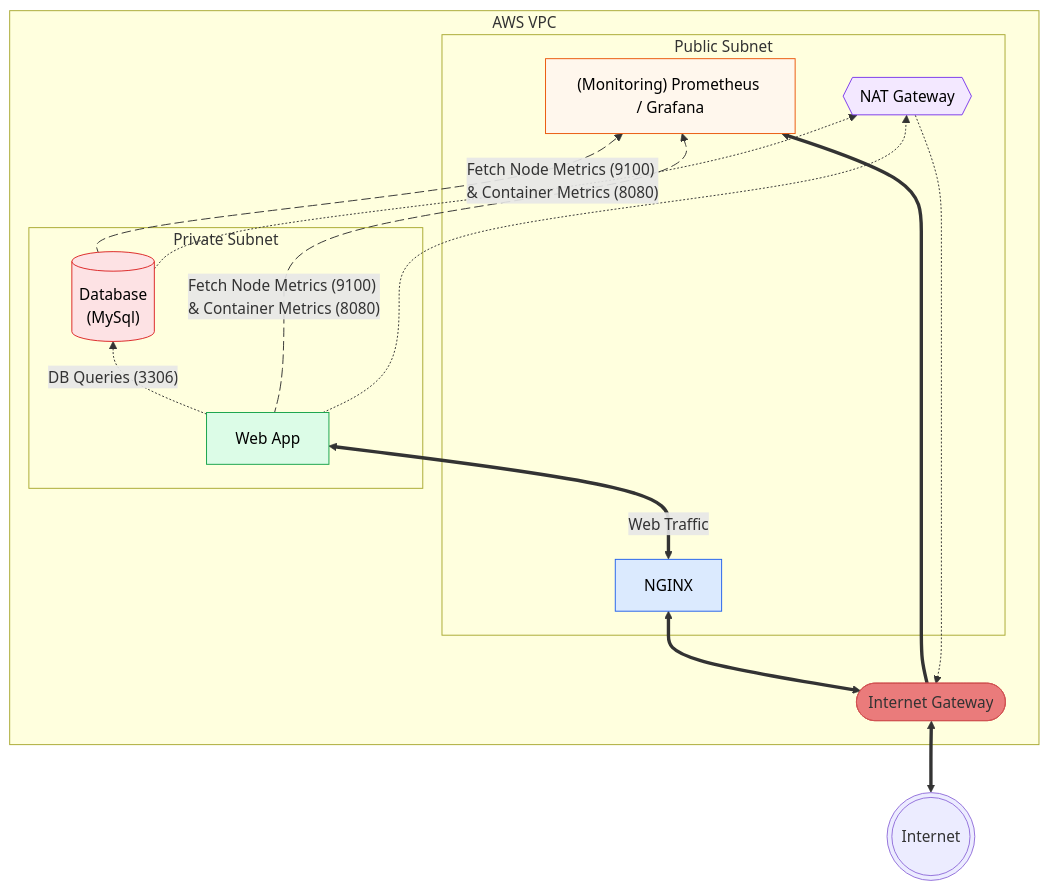
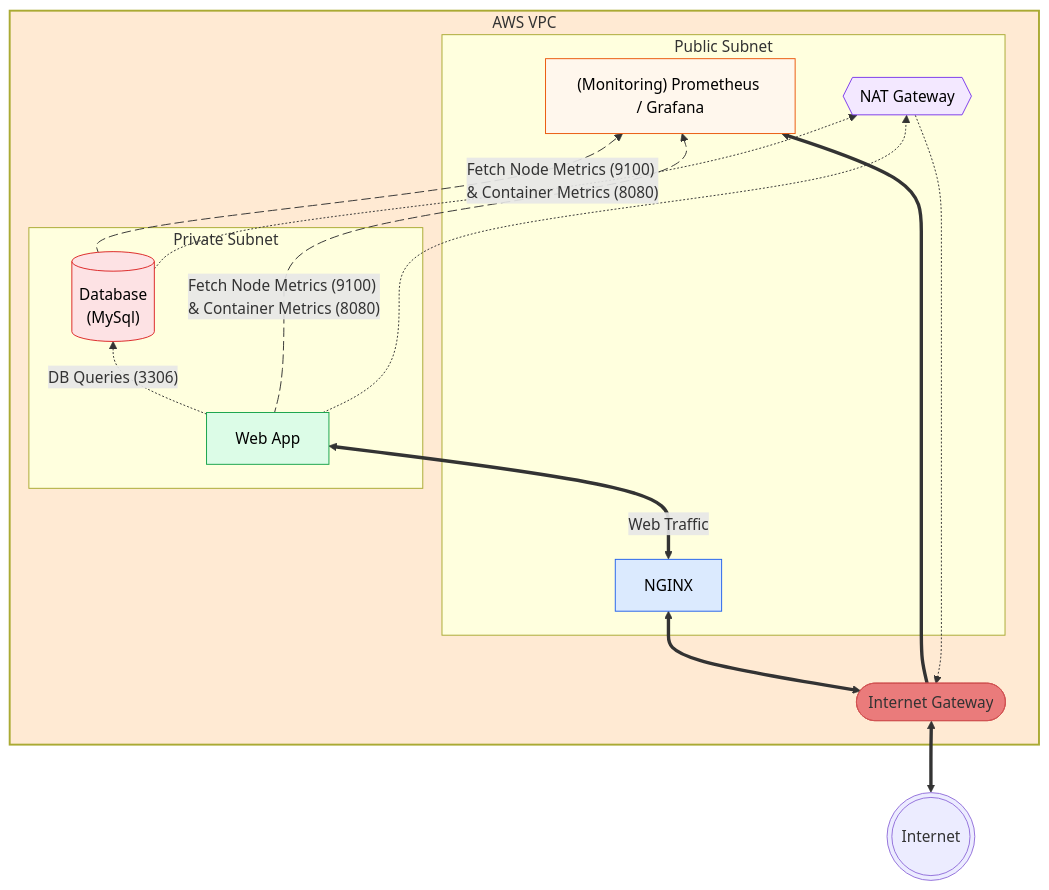
Before and after one commit to Jazzar101/learning-terraform-3087701: the diagram in README.md, drawn with Mermaid.

Commit message:
Changed style

````diff
--- a/README.md
+++ b/README.md
@@ -6,49 +6,49 @@
 ```mermaid
 flowchart BT
     Internet(((Internet)))
     subgraph VPC[AWS VPC]
         IGW([Internet Gateway])
         subgraph PublicSubnet[Public Subnet]
             NGINX[NGINX]
             Monitoring["(Monitoring) Prometheus / Grafana"]
             NAT{{NAT Gateway}}
         end
 
         subgraph PrivateSubnet[Private Subnet]
             App[Web App]
             DB[("Database\n(MySql)")]
         end
     end
 
     Internet <==> IGW
     IGW <==> NGINX
     NGINX <==>|Web Traffic| App
     App -.->|"DB Queries (3306)"| DB
     IGW ==> Monitoring
 
     App metricsApp@-->|"Fetch Node Metrics (9100) & Container Metrics (8080)"| Monitoring
     DB metricsDB@-->|"Fetch Node Metrics (9100) & Container Metrics (8080)"| Monitoring
 
     App -.-> NAT
     DB -.-> NAT
     NAT -.-> IGW
     
     metricsApp@{ animation: slow }    
     metricsDB@{ animation: slow }
 
     %% Node-only styling (GitHub safe)
     classDef ingress fill:#dbeafe,stroke:#2563eb,color:#000000
     classDef monitoring fill:#fff7ed,stroke:#ea580c,color:#000000
     classDef nat fill:#f3e8ff,stroke:#7c3aed,color:#000000
     classDef app fill:#dcfce7,stroke:#16a34a,color:#000000
     classDef db fill:#fde2e4,stroke:#dc2626,color:#000000
     classDef igw fill:#EA7B7B,stroke:#D25353,color:#00000
-    classDef VPC fill:#FFEAD3
+    style VPC fill:#FFEAD3, stroke:#00000, stroke-width: 2px
 
     class NGINX ingress
     class Monitoring monitoring
     class NAT nat
     class App app
     class DB db
     class IGW igw
 ```
````
